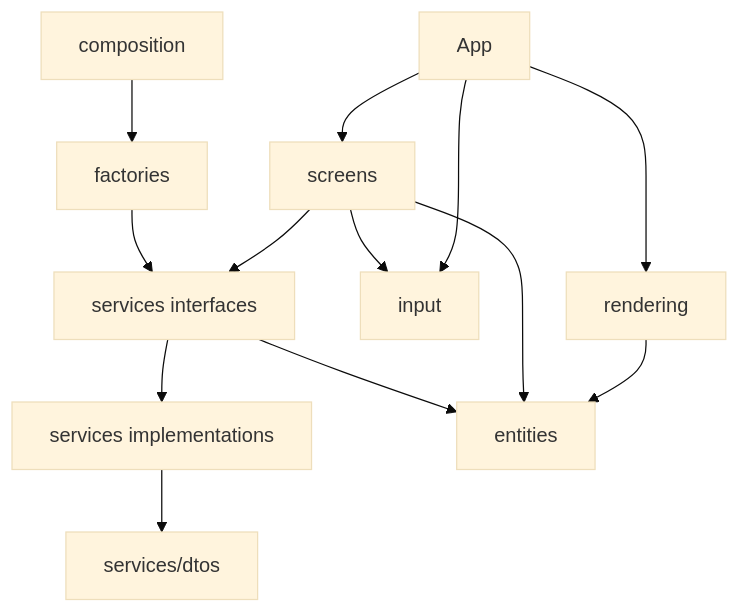
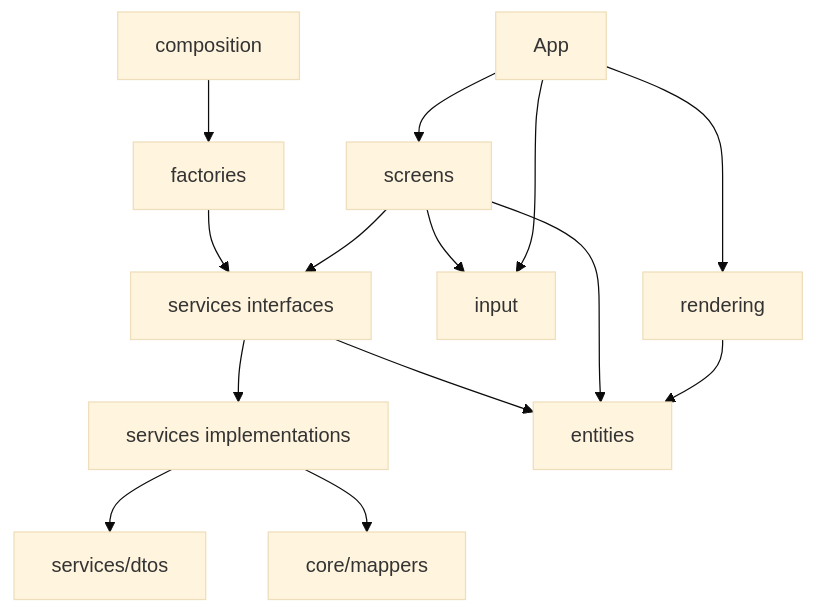
One commit to StivenJM/proyecto-simulacion changed the first of 5 diagrams in docs/architecture/gui/README.md. Above: the diagram before and after it, drawn with Mermaid (base theme). The commit also changed other lines of this file and 12 other files, not shown here.

First line of the commit message:
docs: update integrated GUI-Core architecture documentation

````diff
--- a/docs/architecture/gui/README.md
+++ b/docs/architecture/gui/README.md
@@ -9,15 +9,16 @@
 ```mermaid
 flowchart TD
     Composition[composition] --> Factories[factories]
     Factories --> Services[services interfaces]
     Services --> Implementations[services implementations]
     Implementations --> Dtos[services/dtos]
+    Implementations --> Mappers[core/mappers]
     Services --> Entities[entities]
     Screens[screens] --> Entities
     Screens --> Services
     Screens --> Input[input]
     Rendering[rendering] --> Entities
     App[App] --> Screens
     App --> Rendering
     App --> Input
 ```
````
